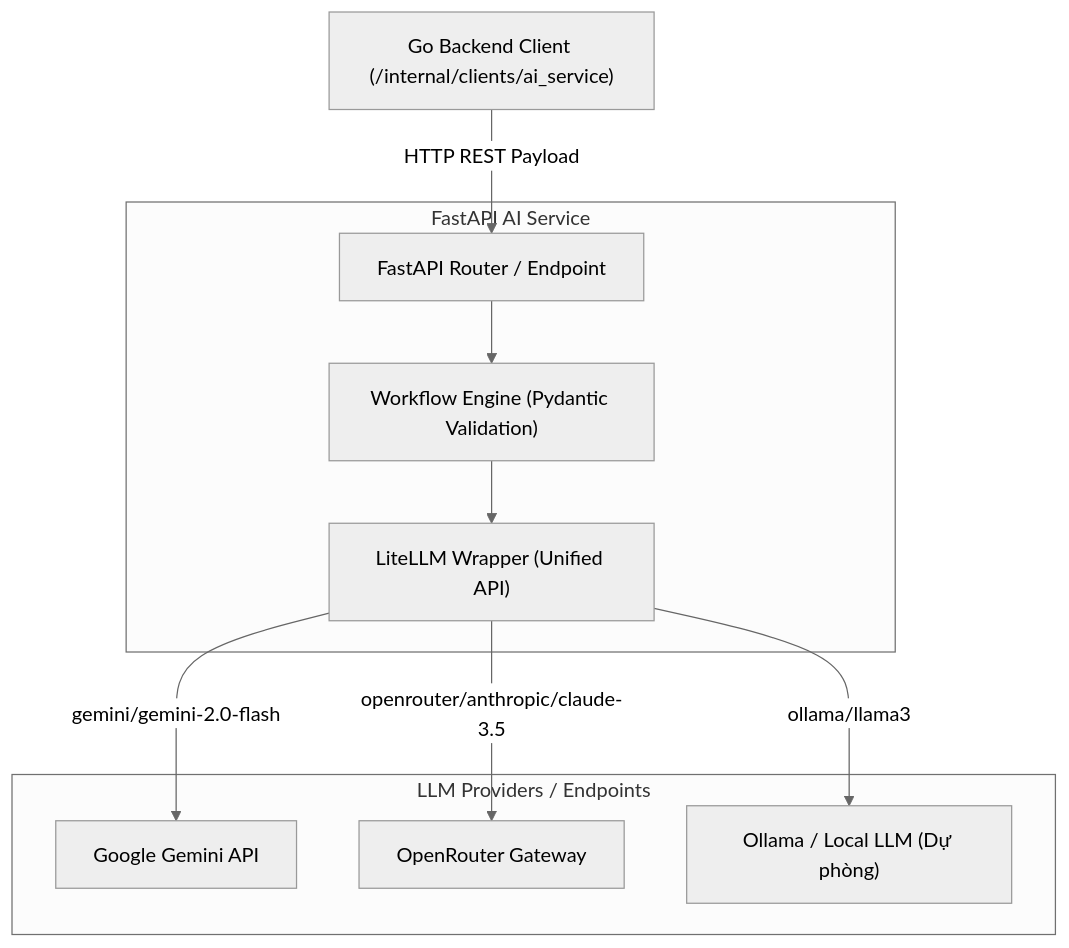
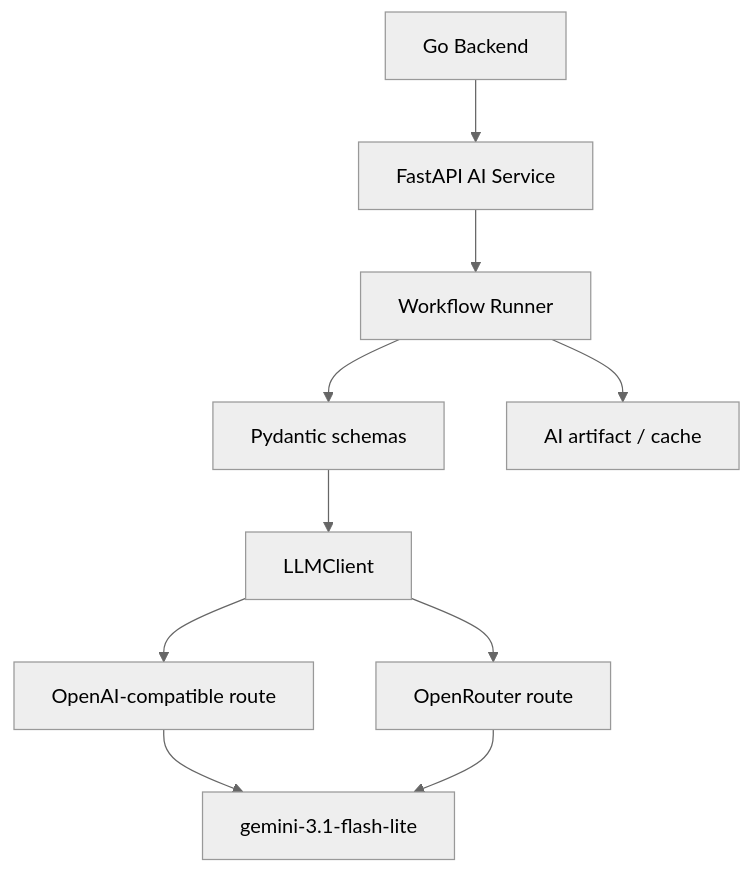
The fifth of 7 diagrams in docs/report/compiled/final_combined/04-cong-nghe.md (5CLCsCan/ConferenceSpace), drawn with Mermaid (neutral theme) before and after one commit. The commit also changed other lines of this file and 2 other files, not shown here.

````diff
--- a/docs/report/compiled/final_combined/04-cong-nghe.md
+++ b/docs/report/compiled/final_combined/04-cong-nghe.md
@@ -132,29 +120,12 @@
 ```mermaid
-graph TD
-    %% Backend
-    Go_Client["Go Backend Client (/internal/clients/ai_service)"]
-    
-    %% Python AI Service Subsystem
-    subgraph AI_Service_Subsystem ["FastAPI AI Service"]
-        FastAPI_Router["FastAPI Router / Endpoint"]
-        Workflow_Eng["Workflow Engine (Pydantic Validation)"]
-        LiteLLM_Gate["LiteLLM Wrapper (Unified API)"]
-    end
-    
-    %% LLM Providers
-    subgraph Providers ["LLM Providers / Endpoints"]
-        Gemini_Endpoint["Google Gemini API"]
-        OpenRouter_Endpoint["OpenRouter Gateway"]
-        Local_Model["Ollama / Local LLM (Dự phòng)"]
-    end
-
-    %% Dòng dữ liệu
-    Go_Client -->|HTTP REST Payload| FastAPI_Router
-    FastAPI_Router --> Workflow_Eng
-    Workflow_Eng --> LiteLLM_Gate
-    
-    %% LiteLLM định tuyến linh hoạt
-    LiteLLM_Gate -->|gemini/gemini-2.0-flash| Gemini_Endpoint
-    LiteLLM_Gate -->|openrouter/anthropic/claude-3.5| OpenRouter_Endpoint
-    LiteLLM_Gate -->|ollama/llama3| Local_Model
+flowchart TD
+    B["Go Backend"] --> A["FastAPI AI Service"]
+    A --> W["Workflow Runner"]
+    W --> S["Pydantic schemas"]
+    S --> L["LLMClient"]
+    L --> OAI["OpenAI-compatible route"]
+    L --> OR["OpenRouter route"]
+    OAI --> G["gemini-3.1-flash-lite"]
+    OR --> G
+    W --> Artifact["AI artifact / cache"]
 ```
````
